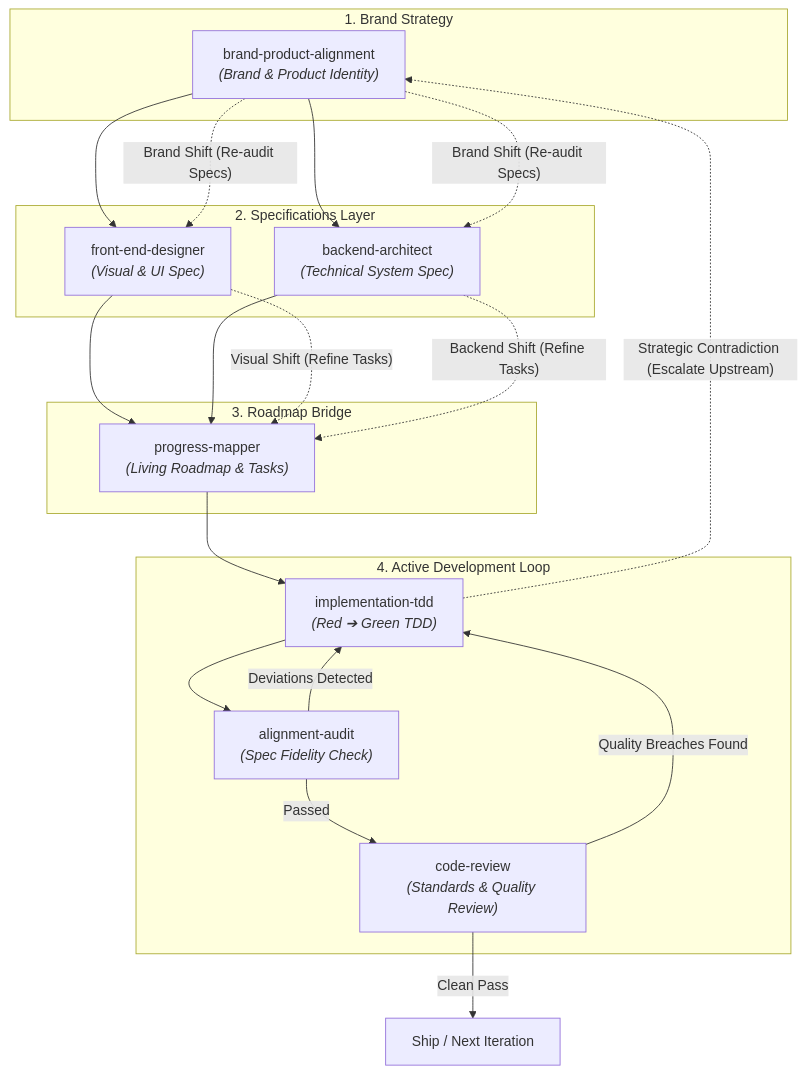
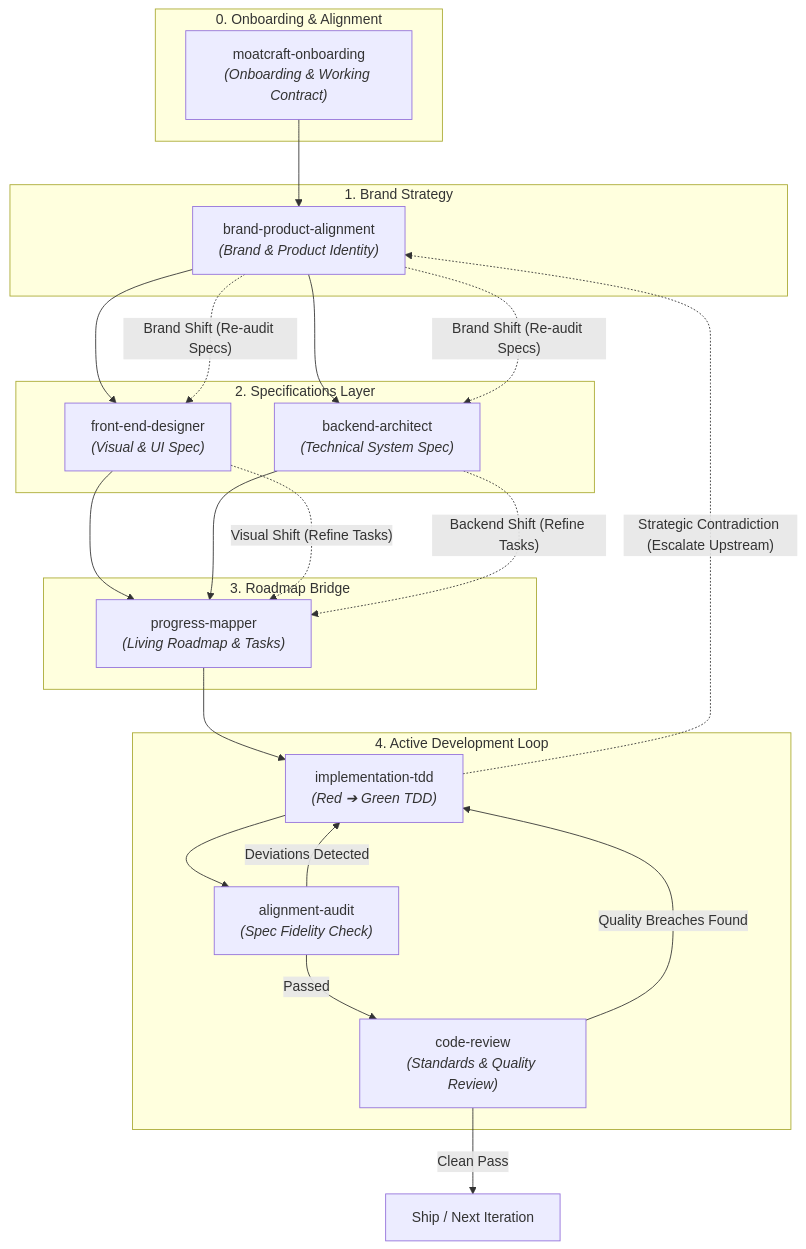
Before and after one commit to dimsedra/moatcraft-skills: the diagram in README.md, drawn with Mermaid. The commit also changed other lines of this file and 3 other files, not shown here.

Commit message:
feat: add moatcraft-onboarding skill to eliminate blackbox confusion and generate moatcraft-contract.md working contract

````diff
--- a/README.md
+++ b/README.md
@@ -29,46 +29,51 @@
 ```mermaid
 flowchart TD
+    subgraph Layer0 ["0. Onboarding & Alignment"]
+        ONB["moatcraft-onboarding<br/><i>(Onboarding & Working Contract)</i>"]
+    end
+
     subgraph Layer1 ["1. Brand Strategy"]
         A["brand-product-alignment<br/><i>(Brand & Product Identity)</i>"]
     end
 
     subgraph Layer2 ["2. Specifications Layer"]
         B1["front-end-designer<br/><i>(Visual & UI Spec)</i>"]
         B2["backend-architect<br/><i>(Technical System Spec)</i>"]
     end
 
     subgraph Layer3 ["3. Roadmap Bridge"]
         MAP["progress-mapper<br/><i>(Living Roadmap & Tasks)</i>"]
     end
 
     subgraph Layer4 ["4. Active Development Loop"]
         TDD["implementation-tdd<br/><i>(Red ➔ Green TDD)</i>"]
         AUDIT["alignment-audit<br/><i>(Spec Fidelity Check)</i>"]
         REVIEW["code-review<br/><i>(Standards & Quality Review)</i>"]
     end
 
     SHIP["Ship / Next Iteration"]
 
     %% Primary Downstream Flow
+    ONB --> A
     A --> B1
     A --> B2
     B1 --> MAP
     B2 --> MAP
     MAP --> TDD
 
     %% Active Inner Loop
     TDD --> AUDIT
     AUDIT -- "Deviations Detected" --> TDD
     AUDIT -- "Passed" --> REVIEW
     REVIEW -- "Quality Breaches Found" --> TDD
     REVIEW -- "Clean Pass" --> SHIP
 
-    %% Mid-Flight Cascade Re-audit (Brand Shift -> Front-End & Back-End -> Progress Mapper)
+    %% Mid-Flight Cascade Re-audit
     A -. "Brand Shift (Re-audit Specs)" .-> B1
     A -. "Brand Shift (Re-audit Specs)" .-> B2
     B1 -. "Visual Shift (Refine Tasks)" .-> MAP
     B2 -. "Backend Shift (Refine Tasks)" .-> MAP
 
     %% Bottom-Up Strategic Escalation
     TDD -. "Strategic Contradiction (Escalate Upstream)" .-> A
 ```
````
